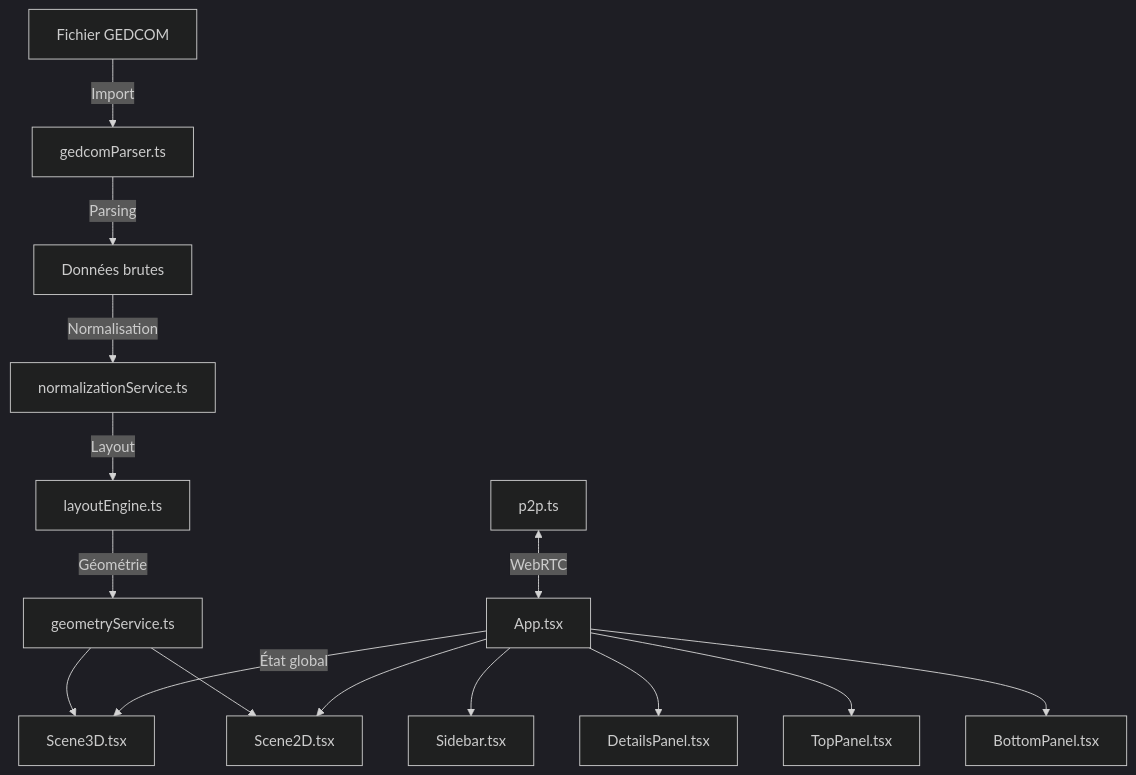
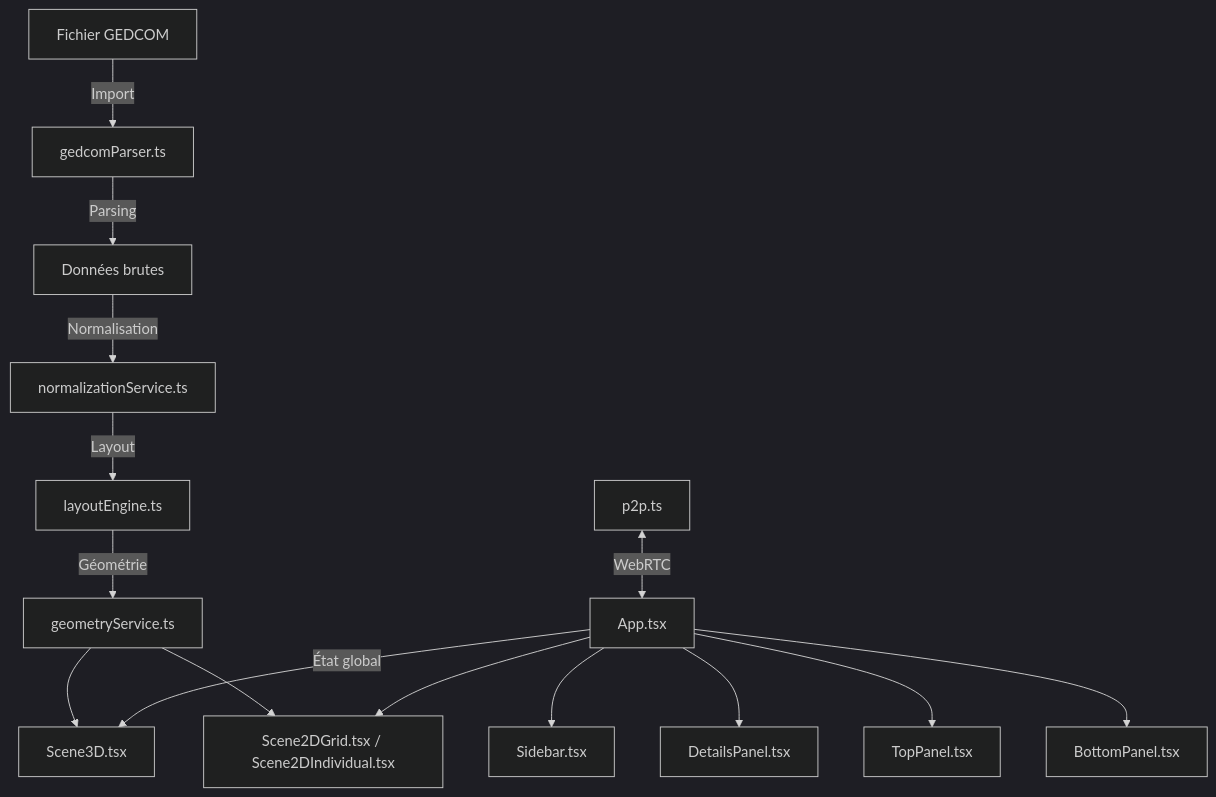
The diagram in README.md (OAuber/G2), drawn with Mermaid (dark theme) before and after one commit. The commit also changed other lines of this file and 4 other files, not shown here.

````diff
--- a/README.md
+++ b/README.md
@@ -149,19 +149,19 @@
 ```mermaid
 graph TD
     A[Fichier GEDCOM] -->|Import| B[gedcomParser.ts]
     B -->|Parsing| C[Données brutes]
     C -->|Normalisation| D[normalizationService.ts]
     D -->|Layout| E[layoutEngine.ts]
     E -->|Géométrie| F[geometryService.ts]
     F --> G[Scene3D.tsx]
-    F --> H[Scene2D.tsx]
+    F --> H[Scene2DGrid.tsx / Scene2DIndividual.tsx]
     
     I[App.tsx] -->|État global| G
     I --> H
     I --> J[Sidebar.tsx]
     I --> K[DetailsPanel.tsx]
     I --> L[TopPanel.tsx]
     I --> M[BottomPanel.tsx]
     
     N[p2p.ts] <-->|WebRTC| I
 ```
````
